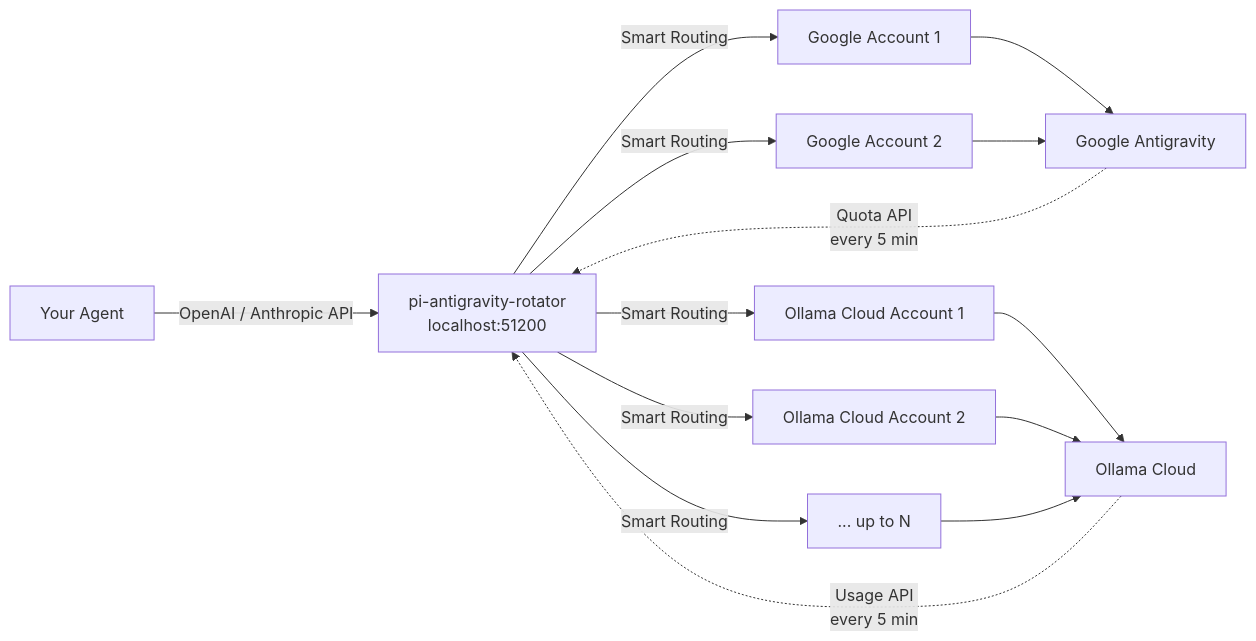
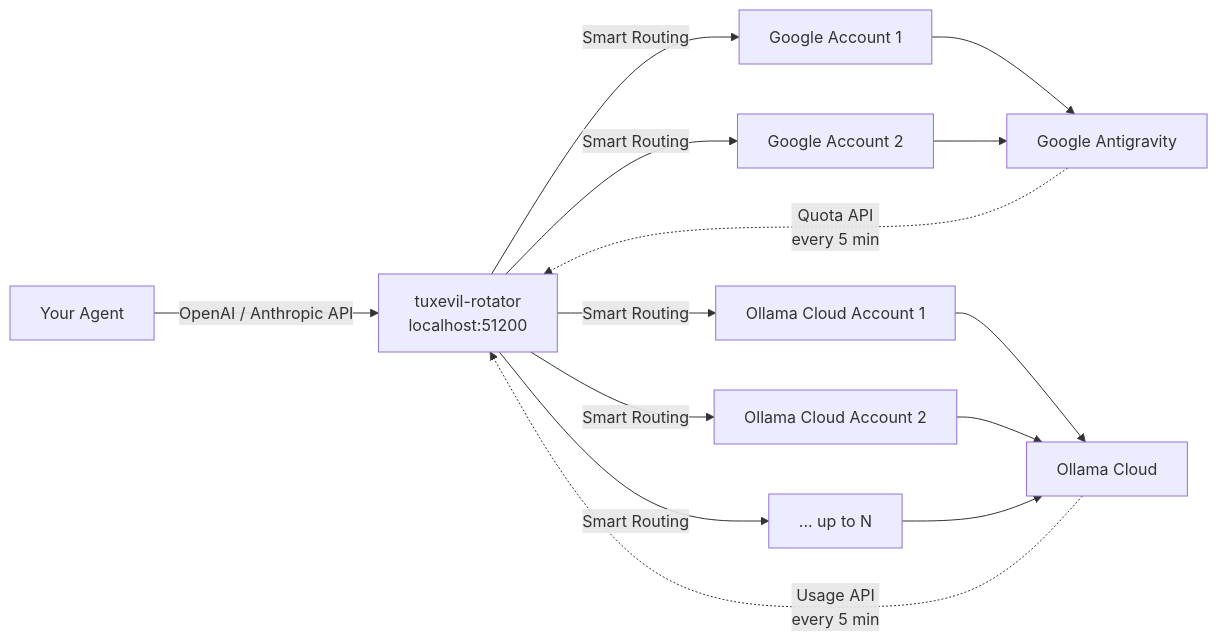
Before and after one commit to javargasm/pi-antigravity-rotator: the diagram in README.md, drawn with Mermaid. The commit also changed other lines of this file and 50 other files, not shown here.

Commit message:
feat: release tuxevil-rotator 3.0.0 rebrand

````diff
--- a/README.md
+++ b/README.md
@@ -192,17 +207,17 @@
 ```mermaid
 graph LR
-    A[Your Agent] -->|OpenAI / Anthropic API| B["pi-antigravity-rotator<br/>localhost:51200"]
+    A[Your Agent] -->|OpenAI / Anthropic API| B["tuxevil-rotator<br/>localhost:51200"]
     B -->|Smart Routing| C[Google Account 1]
     B -->|Smart Routing| D[Google Account 2]
     B -->|Smart Routing| E[Ollama Cloud Account 1]
     B -->|Smart Routing| F[Ollama Cloud Account 2]
     B -->|Smart Routing| G[... up to N]
     C --> H[Google Antigravity]
     D --> H
     E --> I[Ollama Cloud]
     F --> I
     G --> I
 
     H -.Quota API<br/>every 5 min.-> B
     I -.Usage API<br/>every 5 min.-> B
 ```
````
